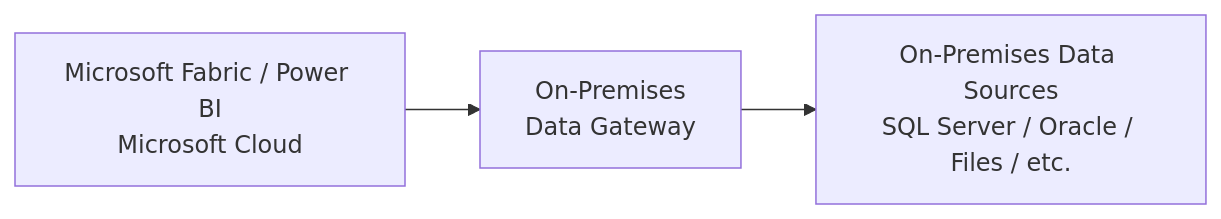
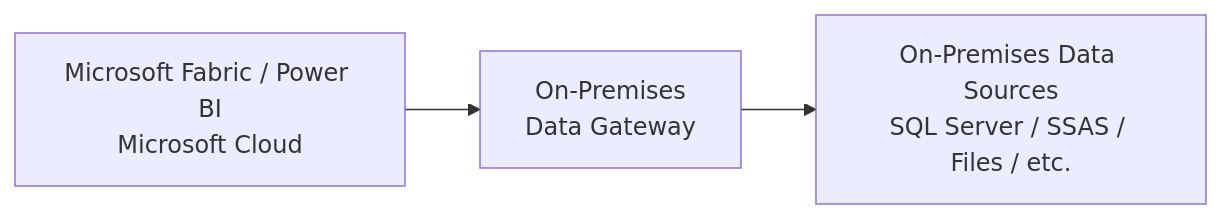
One commit to Meaza-Gebreselassie/microsoft-fabric-architect-playbook changed the first of 9 diagrams in 10-monitoring-admin/gateway.md. Above: the diagram before and after it, drawn with Mermaid. The commit also changed other lines of this file, not shown here.

````diff
--- a/10-monitoring-admin/gateway.md
+++ b/10-monitoring-admin/gateway.md
@@ -15,9 +15,9 @@
 ```mermaid
 flowchart LR
     A["Microsoft Fabric / Power BI<br/>Microsoft Cloud"]
     B["On-Premises<br/>Data Gateway"]
-    C["On-Premises Data Sources<br/>SQL Server / Oracle / Files / etc."]
+    C["On-Premises Data Sources<br/>SQL Server / SSAS / Files / etc."]
 
     A --> B
     B --> C
 ```
````
